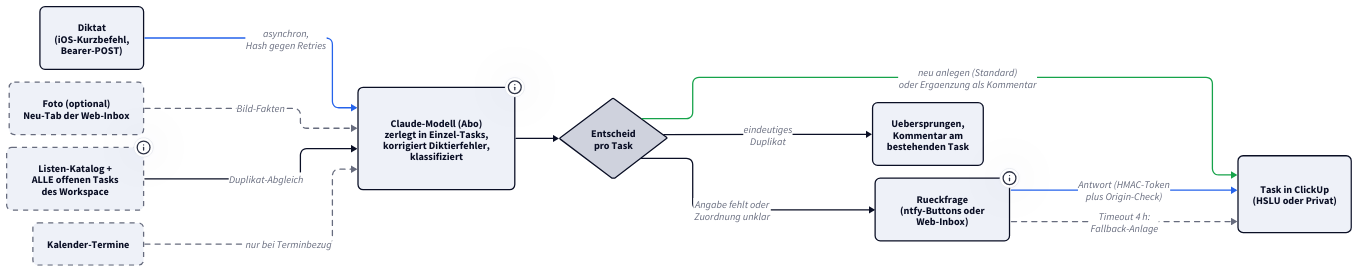
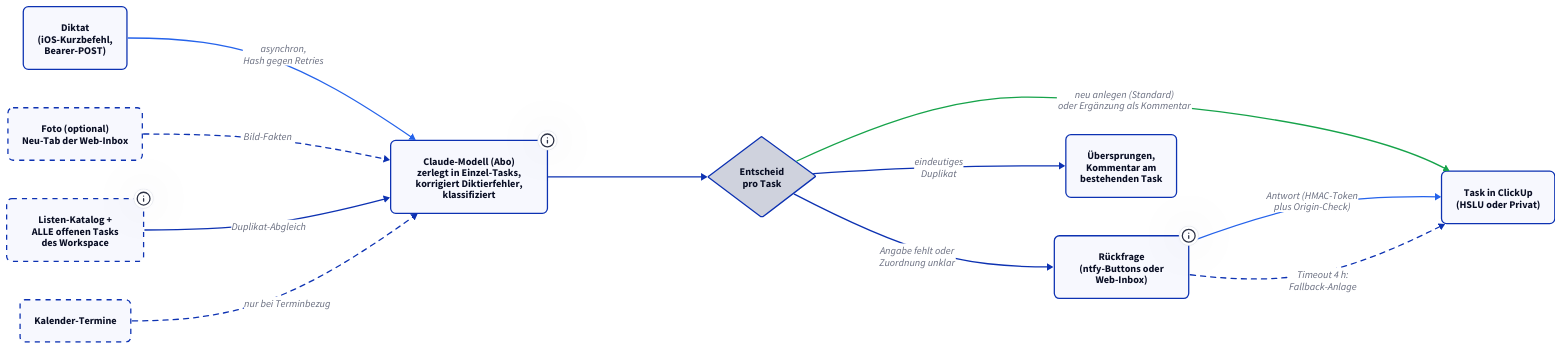
The third of 3 diagrams in docs/todo-ingest/betrieb.md (derever-labs/homelab-wiki), drawn with D2 before and after one commit. The commit also changed other lines of this file and 8 other files, not shown here.

First line of the commit message:
Diagramme fuer TALA ueberarbeiten (Batch B7) (#103)

````diff
--- a/docs/todo-ingest/betrieb.md
+++ b/docs/todo-ingest/betrieb.md
@@ -118,57 +104,50 @@
 ```d2
-vars: {
-  d2-config: {
-    theme-id: 1
-    layout-engine: elk
-  }
-}
-
 classes: {
   node: { style: { border-radius: 8 } }
   kontext: {
     style: {
       border-radius: 8
       stroke-dash: 4
     }
   }
 }
 
 direction: right
 
 Diktat: "Diktat\n(iOS-Kurzbefehl,\nBearer-POST)" { class: node }
 Foto: "Foto (optional)\nNeu-Tab der Web-Inbox" { class: kontext }
 Kontext: "Listen-Katalog +\nALLE offenen Tasks\ndes Workspace" {
   class: kontext
-  tooltip: Nur die konfigurierten Ziel-Listen, als reine Daten -- Basis fuer Duplikat- und Verknuepfungs-Erkennung
+  tooltip: "Zur Laufzeit entdeckter Listen-Katalog des Workspace (ohne ausgeschlossene Listen) plus alle offenen Tasks, als reine Daten. Basis für List-Routing, Duplikat- und Verknüpfungs-Erkennung"
 }
 Kalender: "Kalender-Termine" { class: kontext }
 
 Modell: "Claude-Modell (Abo)\nzerlegt in Einzel-Tasks,\nkorrigiert Diktierfehler,\nklassifiziert" {
   class: node
-  tooltip: Pro Task Workspace, Titel, Beschreibung und Faelligkeit, dazu Prioritaet nur bei diktierter Dringlichkeit, optional Startdatum, Aufwand, Zuweisung, Checkliste und Verknuepfungen
+  tooltip: "Pro Task Workspace, Titel, Beschreibung und Fälligkeit, dazu Priorität nur bei diktierter Dringlichkeit, optional Startdatum, Aufwand, Zuweisung, Checkliste und Verknüpfungen"
 }
 
 Entscheid: "Entscheid\npro Task" {
   class: node
   shape: diamond
 }
 
-Frage: "Rueckfrage\n(ntfy-Buttons oder\nWeb-Inbox)" {
+Frage: "Rückfrage\n(ntfy-Buttons oder\nWeb-Inbox)" {
   class: node
-  tooltip: Blockierend wartet die Anlage (Timeout 4 h, dann Fallback-Anlage mit Hinweis), nicht-blockierend ist der Task sofort da und die Antwort reichert an (7 Tage)
+  tooltip: "Blockierend wartet die Anlage (Timeout 4 h, dann Fallback-Anlage mit Hinweis), nicht-blockierend ist der Task sofort da und die Antwort reichert an (7 Tage)"
 }
 
 ClickUp: "Task in ClickUp\n(HSLU oder Privat)" { class: node }
-Duplikat: "Uebersprungen,\nKommentar am\nbestehenden Task" { class: node }
+Duplikat: "Übersprungen,\nKommentar am\nbestehenden Task" { class: node }
 
 Diktat -> Modell: "asynchron,\nHash gegen Retries" { style.stroke: "#2563eb" }
 Foto -> Modell: "Bild-Fakten" { style.stroke-dash: 4 }
 Kontext -> Modell: "Duplikat-Abgleich"
 Kalender -> Modell: "nur bei Terminbezug" { style.stroke-dash: 4 }
 Modell -> Entscheid
-Entscheid -> ClickUp: "neu anlegen (Standard)\noder Ergaenzung als Kommentar" { style.stroke: "#16a34a" }
+Entscheid -> ClickUp: "neu anlegen (Standard)\noder Ergänzung als Kommentar" { style.stroke: "#16a34a" }
 Entscheid -> Duplikat: "eindeutiges\nDuplikat"
 Entscheid -> Frage: "Angabe fehlt oder\nZuordnung unklar"
 Frage -> ClickUp: "Antwort (HMAC-Token\nplus Origin-Check)" { style.stroke: "#2563eb" }
 Frage -> ClickUp: "Timeout 4 h:\nFallback-Anlage" { style.stroke-dash: 4 }
 ```
````
